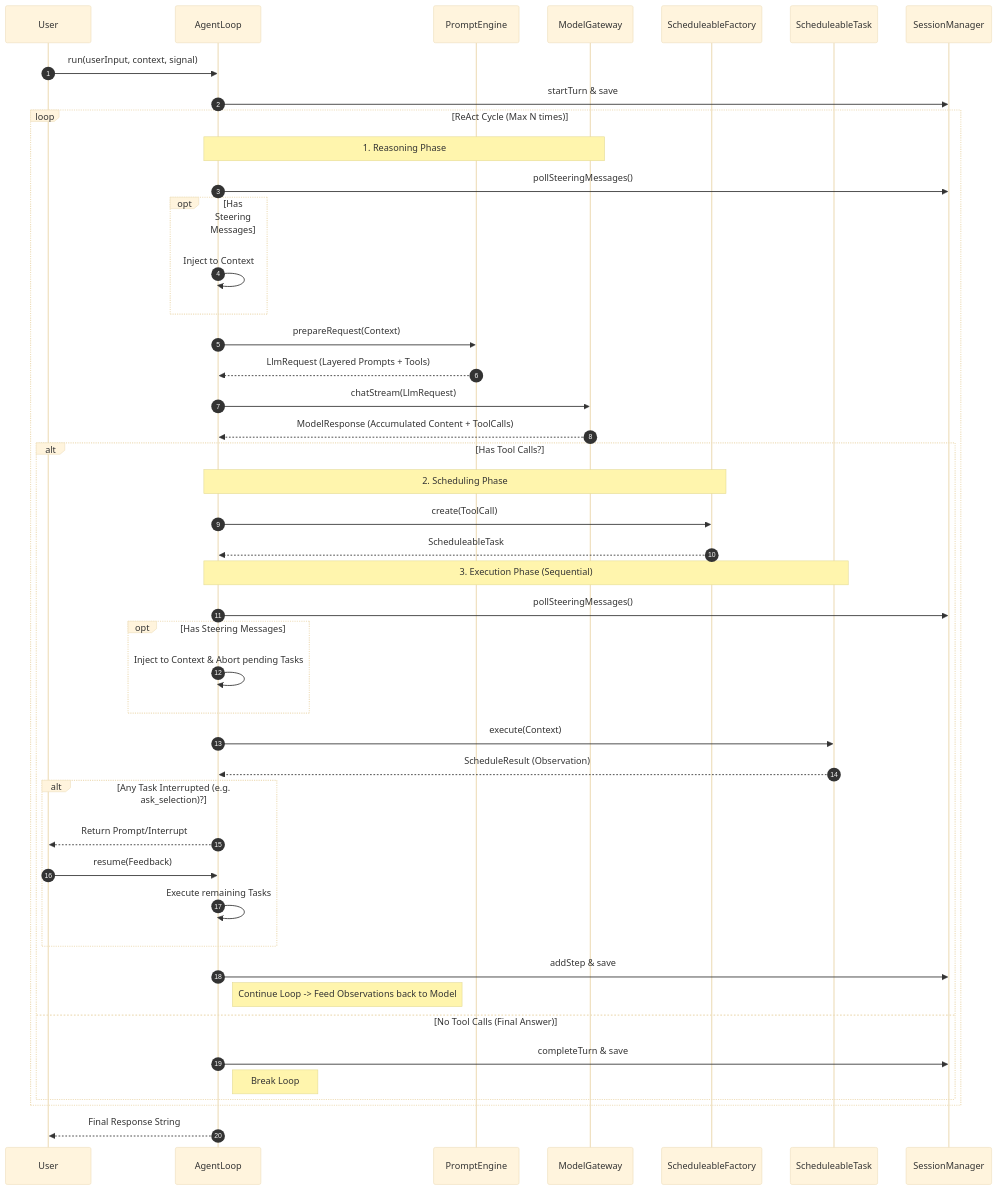
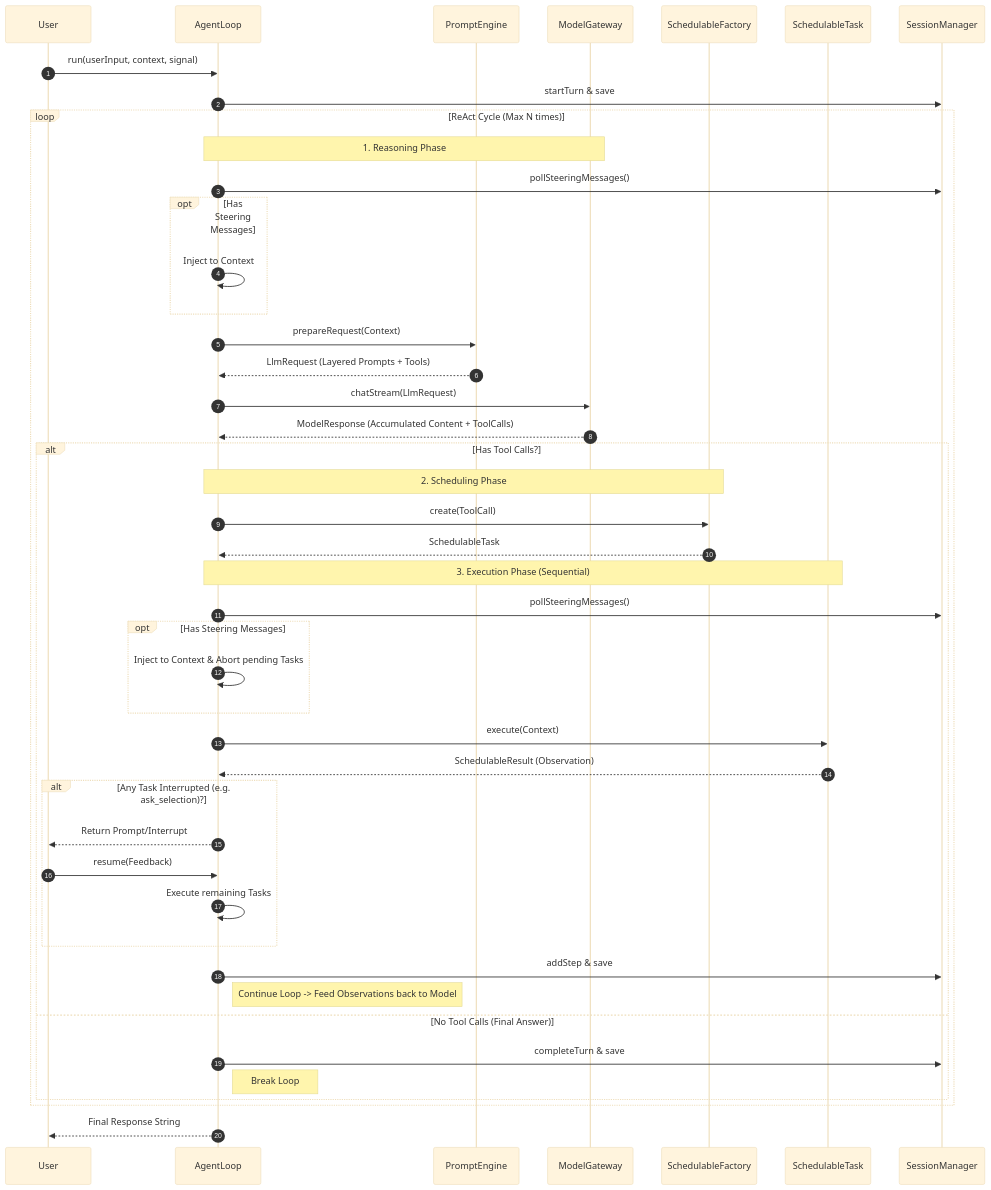
Before and after one commit to stream-iori/ganglia: the second of 3 diagrams in docs/CORE_KERNEL_DESIGN.md, drawn with Mermaid (base theme). The commit also changed other lines of this file and 38 other files, not shown here.

Commit message:
refactor(core): rename ReActAgentLoop to StandardAgentLoop and fix Schedulable typo

````diff
--- a/docs/CORE_KERNEL_DESIGN.md
+++ b/docs/CORE_KERNEL_DESIGN.md
@@ -97,58 +97,58 @@
 ```mermaid
 sequenceDiagram
     autonumber
     participant User
     participant AgentLoop
     participant PromptEngine
     participant Model as ModelGateway
-    participant Factory as ScheduleableFactory
-    participant Task as ScheduleableTask
+    participant Factory as SchedulableFactory
+    participant Task as SchedulableTask
     participant SM as SessionManager
 
     User->>AgentLoop: run(userInput, context, signal)
     AgentLoop->>SM: startTurn & save
     
     loop ReAct Cycle (Max N times)
         Note over AgentLoop, Model: 1. Reasoning Phase
         AgentLoop->>SM: pollSteeringMessages()
         opt Has Steering Messages
             AgentLoop->>AgentLoop: Inject to Context
         end
 
         AgentLoop->>PromptEngine: prepareRequest(Context)
         PromptEngine-->>AgentLoop: LlmRequest (Layered Prompts + Tools)
         
         AgentLoop->>Model: chatStream(LlmRequest)
         Model-->>AgentLoop: ModelResponse (Accumulated Content + ToolCalls)
         
         alt Has Tool Calls?
             Note over AgentLoop, Factory: 2. Scheduling Phase
             AgentLoop->>Factory: create(ToolCall)
-            Factory-->>AgentLoop: ScheduleableTask
+            Factory-->>AgentLoop: SchedulableTask
             
             Note over AgentLoop, Task: 3. Execution Phase (Sequential)
             AgentLoop->>SM: pollSteeringMessages()
             opt Has Steering Messages
                 AgentLoop->>AgentLoop: Inject to Context & Abort pending Tasks
             end
 
             AgentLoop->>Task: execute(Context)
-            Task-->>AgentLoop: ScheduleResult (Observation)
+            Task-->>AgentLoop: SchedulableResult (Observation)
             
             alt Any Task Interrupted (e.g. ask_selection)?
                 AgentLoop-->>User: Return Prompt/Interrupt
                 User->>AgentLoop: resume(Feedback)
                 AgentLoop->>AgentLoop: Execute remaining Tasks
             end
             
             AgentLoop->>SM: addStep & save
             Note right of AgentLoop: Continue Loop -> Feed Observations back to Model
             
         else No Tool Calls (Final Answer)
             AgentLoop->>SM: completeTurn & save
             Note right of AgentLoop: Break Loop
         end
     end
 
     AgentLoop-->>User: Final Response String
 ```
````
